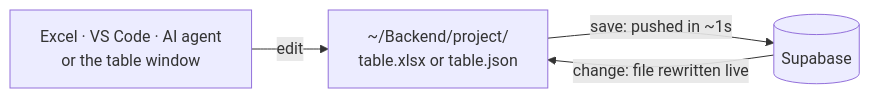
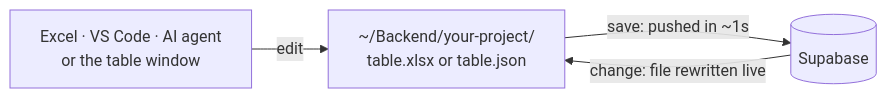
The diagram in README.md (zacfink/SupaBaseFolder), drawn with Mermaid before and after one commit. The commit also changed other lines of this file, not shown here.

Commit message:
README: diagram label GitHub can render; hero shots fit side by side

````diff
--- a/README.md
+++ b/README.md
@@ -34,6 +34,6 @@
 ```mermaid
 flowchart LR
-  you["Excel · VS Code · AI agent<br/>or the table window"] -- edit --> file["~/Backend/project/<br/>table.xlsx or table.json"]
+  you["Excel · VS Code · AI agent<br/>or the table window"] -- edit --> file["~/Backend/your-project/<br/>table.xlsx or table.json"]
   file -- "save: pushed in ~1s" --> db[("Supabase")]
   db -- "change: file rewritten live" --> file
 ```
````
